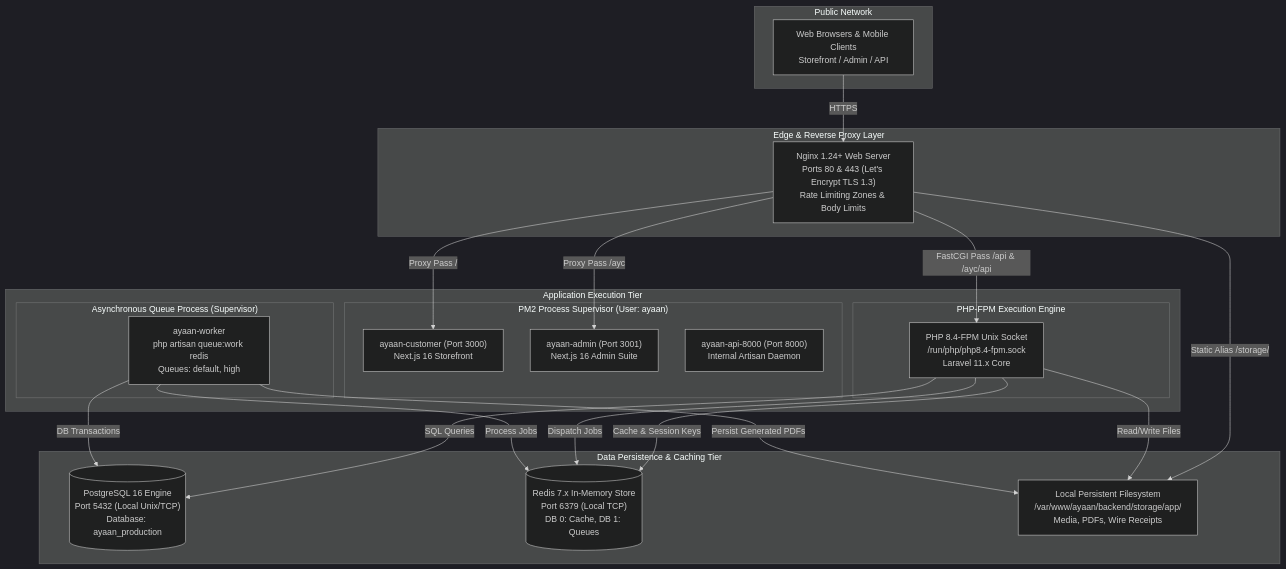
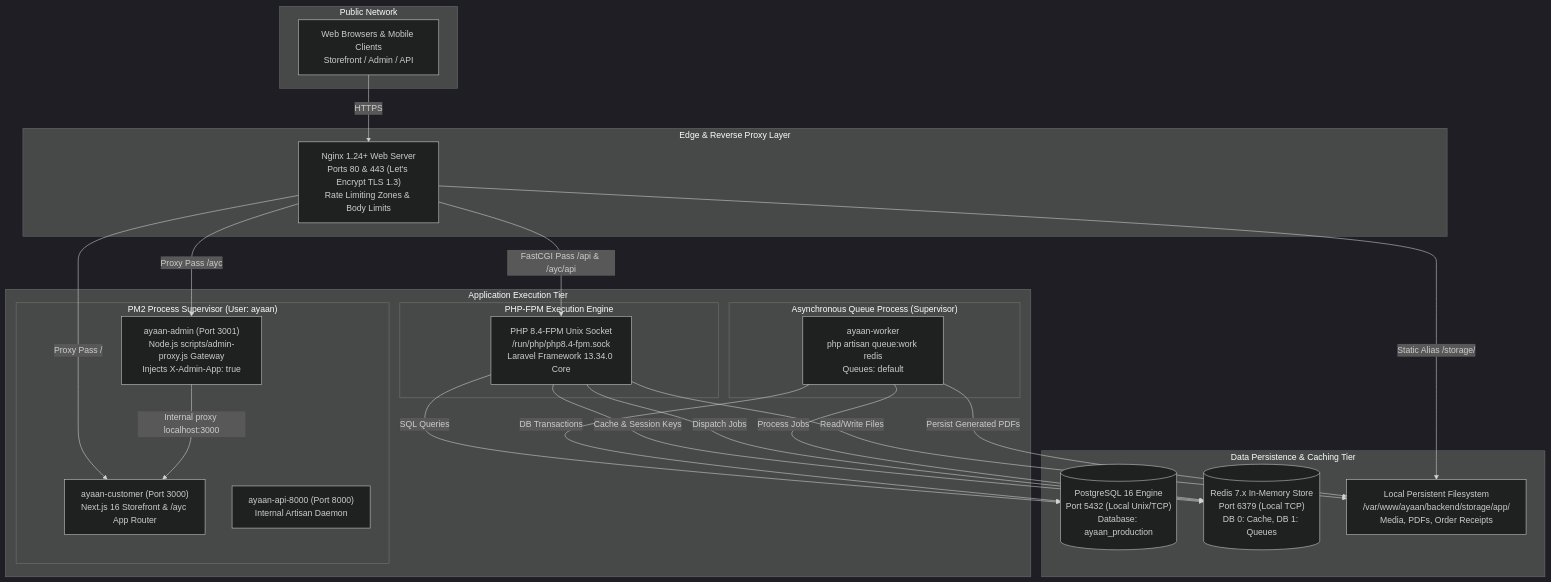
Before and after one commit to labib-0/AYC: the first of 2 diagrams in docs/ARCHITECTURE.md, drawn with Mermaid (dark theme). The commit also changed other lines of this file and 15 other files, not shown here.

First line of the commit message:
fix(catalog): reconcile featured products ordering contract with admin sequence

````diff
--- a/docs/ARCHITECTURE.md
+++ b/docs/ARCHITECTURE.md
@@ -14,47 +14,48 @@
 ```mermaid
 graph TB
     subgraph Internet ["Public Network"]
         Clients["Web Browsers & Mobile Clients<br/>Storefront / Admin / API"]
     end
 
     subgraph Edge ["Edge & Reverse Proxy Layer"]
         Nginx["Nginx 1.24+ Web Server<br/>Ports 80 & 443 (Let's Encrypt TLS 1.3)<br/>Rate Limiting Zones & Body Limits"]
     end
 
     subgraph ApplicationLayer ["Application Execution Tier"]
         subgraph PM2Cluster ["PM2 Process Supervisor (User: ayaan)"]
-            CustNode["ayaan-customer (Port 3000)<br/>Next.js 16 Storefront"]
-            AdminNode["ayaan-admin (Port 3001)<br/>Next.js 16 Admin Suite"]
+            CustNode["ayaan-customer (Port 3000)<br/>Next.js 16 Storefront & /ayc App Router"]
+            AdminNode["ayaan-admin (Port 3001)<br/>Node.js scripts/admin-proxy.js Gateway<br/>Injects X-Admin-App: true"]
             ApiNode["ayaan-api-8000 (Port 8000)<br/>Internal Artisan Daemon"]
         end
 
         subgraph PHPCluster ["PHP-FPM Execution Engine"]
-            PHPFPM["PHP 8.4-FPM Unix Socket<br/>/run/php/php8.4-fpm.sock<br/>Laravel 11.x Core"]
+            PHPFPM["PHP 8.4-FPM Unix Socket<br/>/run/php/php8.4-fpm.sock<br/>Laravel Framework 13.34.0 Core"]
         end
 
         subgraph AsyncWorkers ["Asynchronous Queue Process (Supervisor)"]
-            Worker["ayaan-worker<br/>php artisan queue:work redis<br/>Queues: default, high"]
+            Worker["ayaan-worker<br/>php artisan queue:work redis<br/>Queues: default"]
         end
     end
 
     subgraph StorageLayer ["Data Persistence & Caching Tier"]
         Postgres[("PostgreSQL 16 Engine<br/>Port 5432 (Local Unix/TCP)<br/>Database: ayaan_production")]
         Redis[("Redis 7.x In-Memory Store<br/>Port 6379 (Local TCP)<br/>DB 0: Cache, DB 1: Queues")]
-        DiskStorage["Local Persistent Filesystem<br/>/var/www/ayaan/backend/storage/app/<br/>Media, PDFs, Wire Receipts"]
+        DiskStorage["Local Persistent Filesystem<br/>/var/www/ayaan/backend/storage/app/<br/>Media, PDFs, Order Receipts"]
     end
 
     Clients -->|HTTPS| Nginx
     Nginx -->|Proxy Pass /| CustNode
     Nginx -->|Proxy Pass /ayc| AdminNode
+    AdminNode -->|Internal proxy localhost:3000| CustNode
     Nginx -->|FastCGI Pass /api & /ayc/api| PHPFPM
     Nginx -->|Static Alias /storage/| DiskStorage
 
     PHPFPM -->|SQL Queries| Postgres
     PHPFPM -->|Cache & Session Keys| Redis
     PHPFPM -->|Dispatch Jobs| Redis
     PHPFPM -->|Read/Write Files| DiskStorage
 
     Worker -->|Process Jobs| Redis
     Worker -->|DB Transactions| Postgres
     Worker -->|Persist Generated PDFs| DiskStorage
 ```
````
